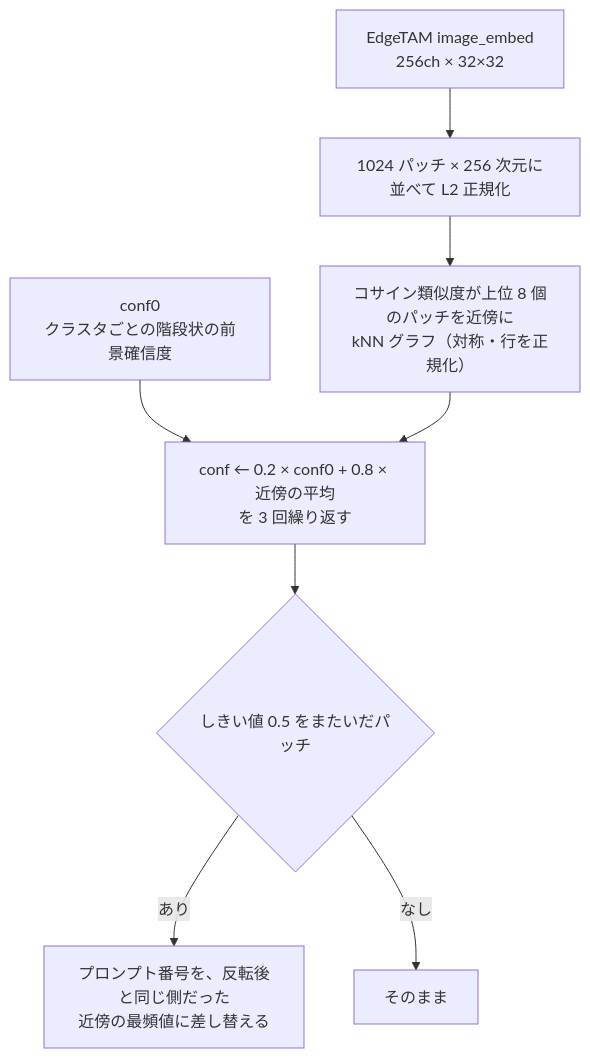
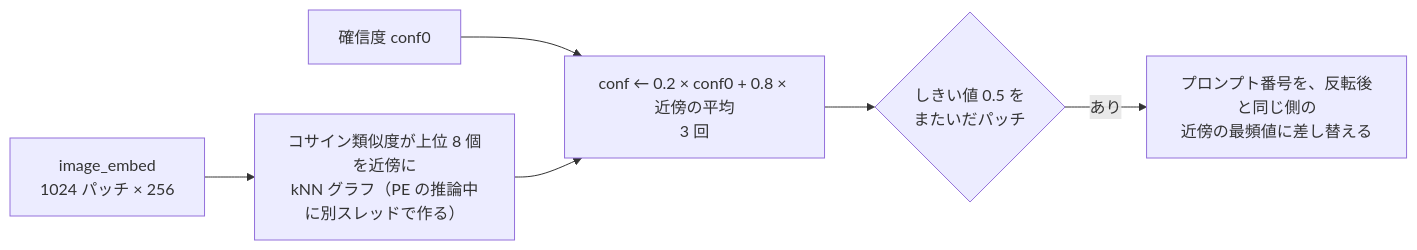
Before and after one commit to fklg-64/pe_anything_detect: the third of 3 diagrams in docs/coarse_segmentation.md, drawn with Mermaid. The commit also changed other lines of this file and 85 other files, not shown here.

````diff
--- a/docs/coarse_segmentation.md
+++ b/docs/coarse_segmentation.md
@@ -159,10 +82,8 @@
 ```mermaid
-flowchart TD
-    EM["EdgeTAM image_embed<br/>256ch × 32×32"] --> V["1024 パッチ × 256 次元に並べて L2 正規化"]
-    V --> G["コサイン類似度が上位 8 個のパッチを近傍に<br/>kNN グラフ（対称・行を正規化）"]
-    C0["conf0<br/>クラスタごとの階段状の前景確信度"] --> IT
-    G --> IT["conf ← 0.2 × conf0 + 0.8 × 近傍の平均<br/>を 3 回繰り返す"]
-    IT --> TH{"しきい値 0.5 をまたいだパッチ"}
-    TH -->|あり| PR["プロンプト番号を、反転後と同じ側だった<br/>近傍の最頻値に差し替える"]
-    TH -->|なし| KEEP["そのまま"]
+flowchart LR
+    EM["image_embed<br/>1024 パッチ × 256"] --> G["コサイン類似度が上位 8 個を近傍に<br/>kNN グラフ（PE の推論中に別スレッドで作る）"]
+    C0["確信度 conf0"] --> IT["conf ← 0.2 × conf0 + 0.8 × 近傍の平均<br/>3 回"]
+    G --> IT
+    IT --> FL{"しきい値 0.5 を<br/>またいだパッチ"}
+    FL -->|あり| PR["プロンプト番号を、反転後と同じ側の<br/>近傍の最頻値に差し替える"]
 ```
````
